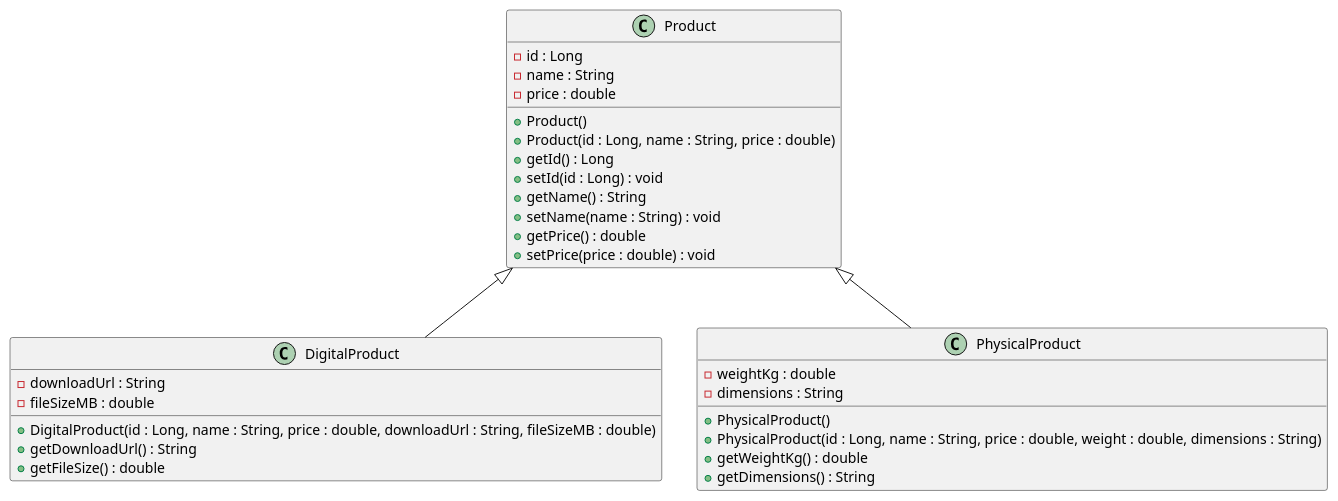
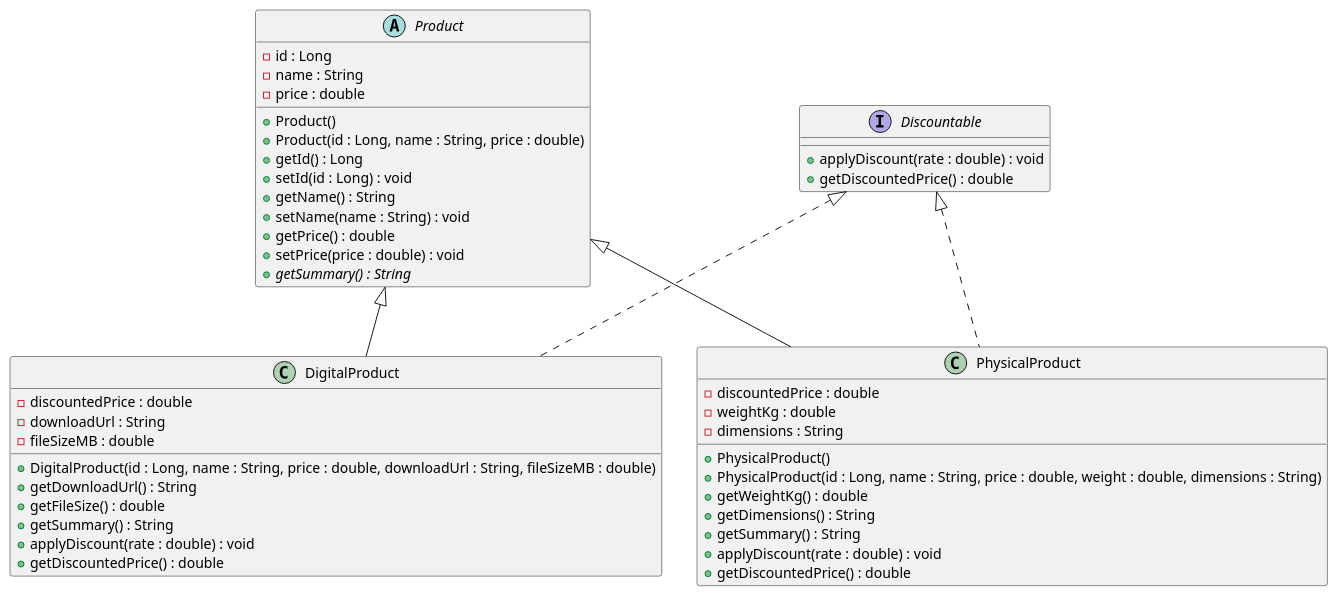
Before and after one commit to SithilSenila/springboot: the diagram in docs/uml/product-hierarchy.puml, drawn with PlantUML. The commit also changed 8 other files, not shown here.

Commit message:
Tutorial 5: polymorphism — getSummary override and Discountable interface

```diff
--- a/docs/uml/product-hierarchy.puml
+++ b/docs/uml/product-hierarchy.puml
@@ -1,36 +1,54 @@
 @startuml
-class Product {
+abstract class Product {
     - id : Long
     - name : String
     - price : double
     + Product()
     + Product(id : Long, name : String, price : double)
     + getId() : Long
     + setId(id : Long) : void
     + getName() : String
     + setName(name : String) : void
     + getPrice() : double
     + setPrice(price : double) : void
+    + {abstract} getSummary() : String
+}
+
+interface Discountable {
+    + applyDiscount(rate : double) : void
+    + getDiscountedPrice() : double
 }
 
 class DigitalProduct {
+    - discountedPrice : double
     - downloadUrl : String
     - fileSizeMB : double
     + DigitalProduct(id : Long, name : String, price : double, downloadUrl : String, fileSizeMB : double)
     + getDownloadUrl() : String
     + getFileSize() : double
+    + getSummary() : String
+    + applyDiscount(rate : double) : void
+    + getDiscountedPrice() : double
 }
 
 class PhysicalProduct {
+    - discountedPrice : double
     - weightKg : double
     - dimensions : String
     + PhysicalProduct()
     + PhysicalProduct(id : Long, name : String, price : double, weight : double, dimensions : String)
     + getWeightKg() : double
     + getDimensions() : String
+    + getSummary() : String
+    + applyDiscount(rate : double) : void
+    + getDiscountedPrice() : double
 }
 
-' <|-- is the inheritance (generalisation) arrow. The hollow triangle sits at the PARENT (Product) end.
+' <|-- generalisation (extends): SOLID line, hollow triangle at Product
 Product <|-- DigitalProduct
 Product <|-- PhysicalProduct
+
+' <|.. realisation (implements): DASHED line, hollow triangle at Discountable
+Discountable <|.. DigitalProduct
+Discountable <|.. PhysicalProduct
 @enduml
```
